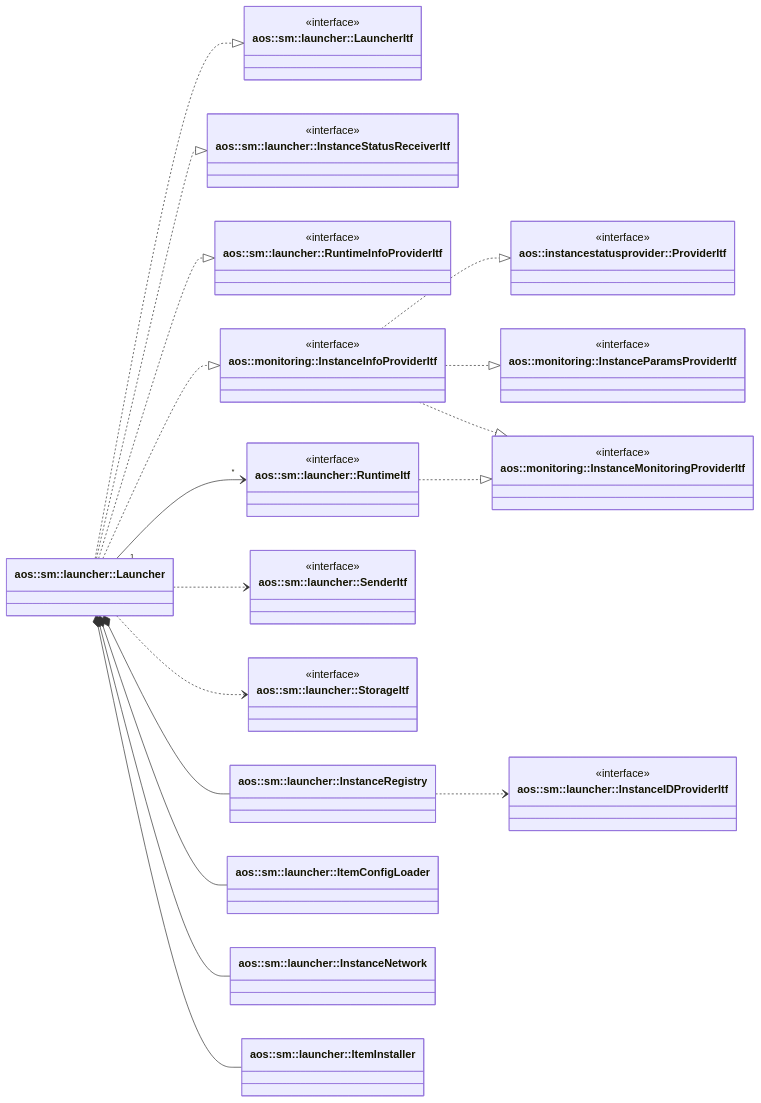
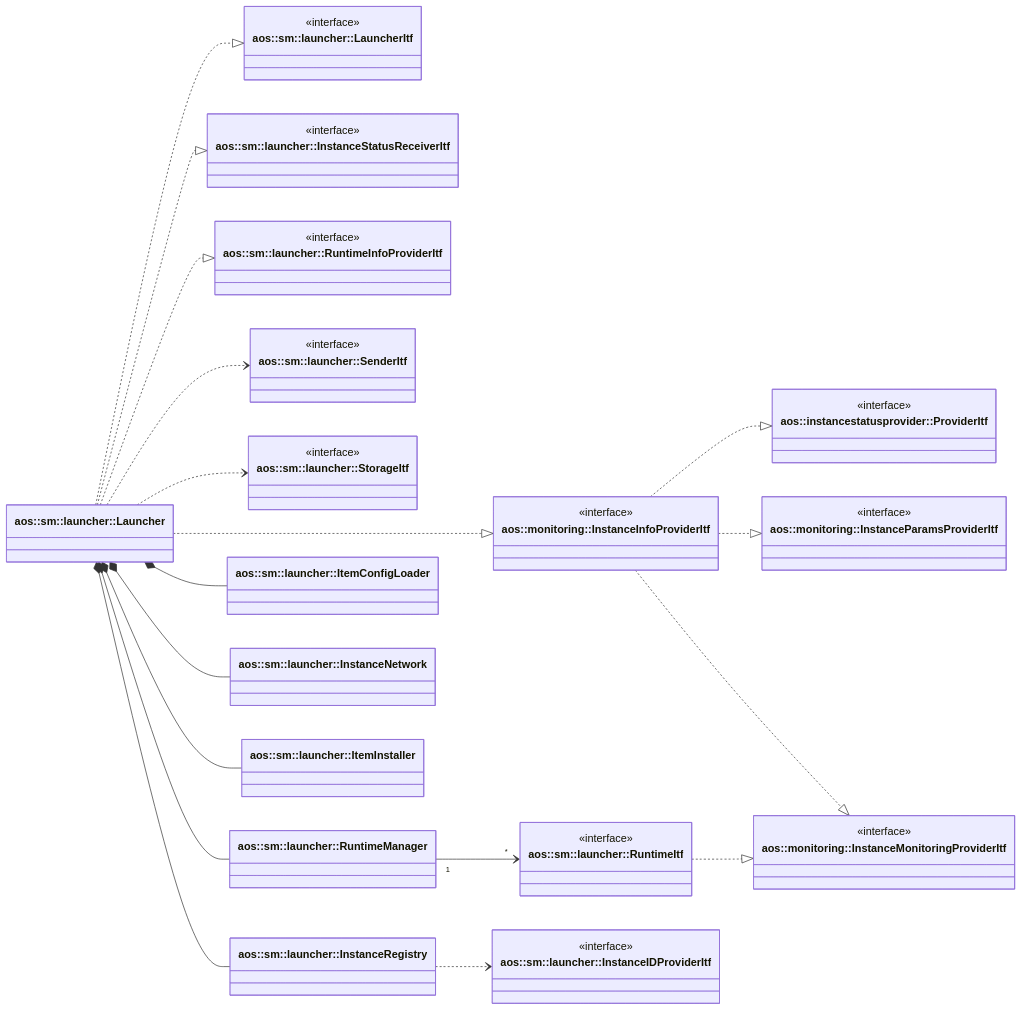
One commit to aosedge/aos_core_lib_cpp changed the first of 3 diagrams in src/core/sm/launcher/launcher.md. Above: the diagram before and after it, drawn with Mermaid. The commit also changed other lines of this file and 7 other files, not shown here.

First line of the commit message:
sm: launcher: move node runtimes handling to runtime manager

```diff
--- a/src/core/sm/launcher/launcher.md
+++ b/src/core/sm/launcher/launcher.md
@@ -100,6 +100,9 @@
     class ItemInstaller ["aos::sm::launcher::ItemInstaller"] {
     }
 
+    class RuntimeManager ["aos::sm::launcher::RuntimeManager"] {
+    }
+
     class InstanceIDProviderItf ["aos::sm::launcher::InstanceIDProviderItf"] {
         <<interface>>
     }
@@ -113,7 +116,8 @@
     InstanceInfoProviderItf ..|> InstanceMonitoringProviderItf
     RuntimeItf ..|> InstanceMonitoringProviderItf
 
-    Launcher "1" --> "*" RuntimeItf
+    Launcher *-- RuntimeManager
+    RuntimeManager "1" --> "*" RuntimeItf
     Launcher ..> SenderItf
     Launcher ..> StorageItf
     Launcher *-- InstanceRegistry
```
